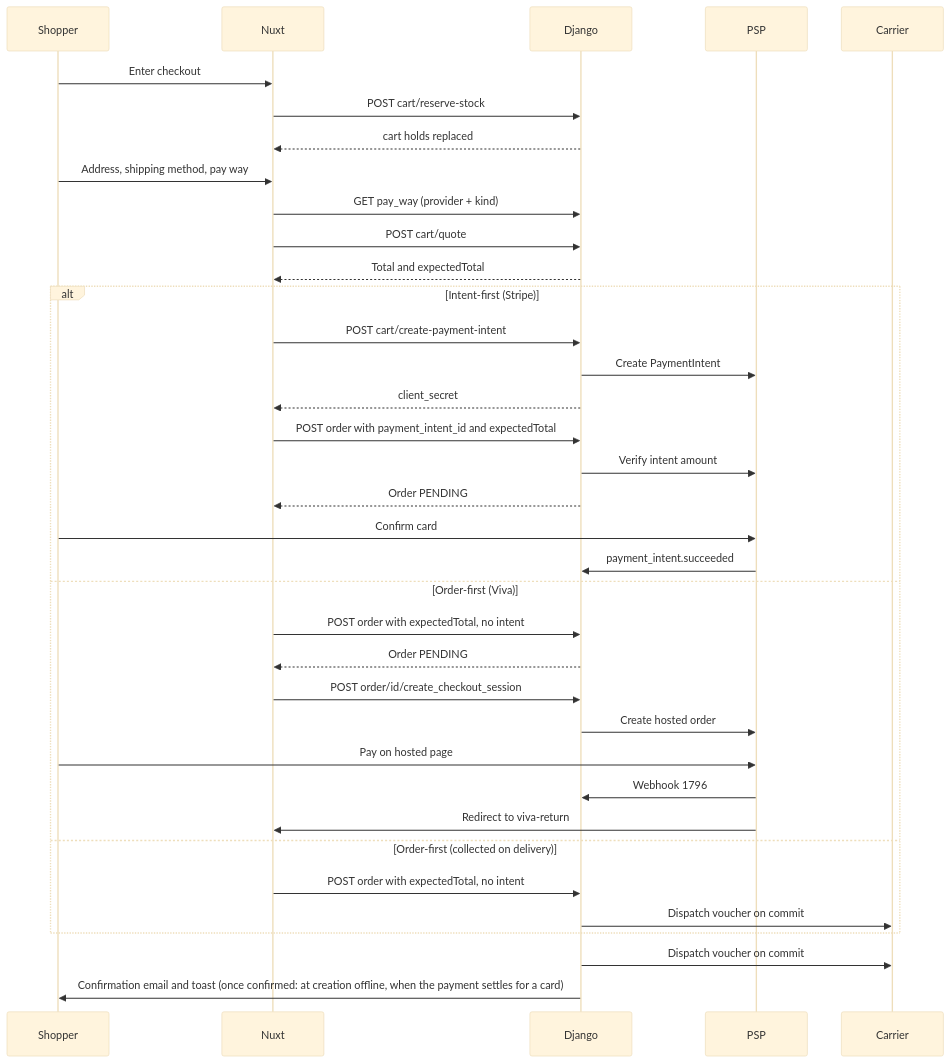
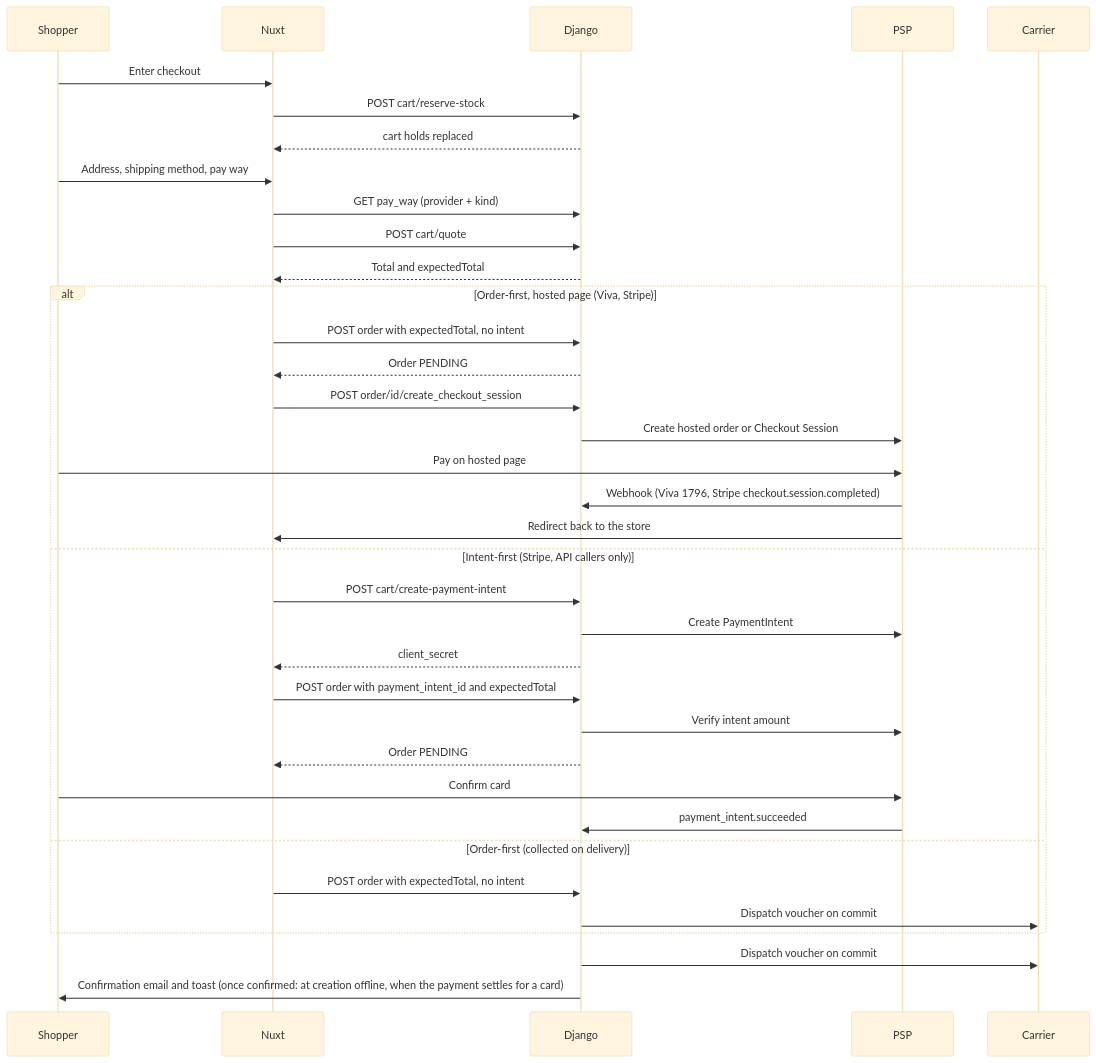
Before and after one commit to vasilistotskas/grooveshop-docs: the diagram in src/dev/flows/checkout-and-payment.md, drawn with Mermaid (base theme). The commit also changed other lines of this file and 2 other files, not shown here.

First line of the commit message:
docs(dev): Stripe pays order-first on its hosted page; the claims gate reads the carriers' admin pages (#207)

````diff
--- a/src/dev/flows/checkout-and-payment.md
+++ b/src/dev/flows/checkout-and-payment.md
@@ -23,39 +25,39 @@
 ```mermaid
 sequenceDiagram
   participant S as Shopper
   participant N as Nuxt
   participant D as Django
   participant P as PSP
   participant C as Carrier
 
   S->>N: Enter checkout
   N->>D: POST cart/reserve-stock
   D-->>N: cart holds replaced
   S->>N: Address, shipping method, pay way
   N->>D: GET pay_way (provider + kind)
   N->>D: POST cart/quote
   D-->>N: Total and expectedTotal
-  alt Intent-first (Stripe)
+  alt Order-first, hosted page (Viva, Stripe)
+    N->>D: POST order with expectedTotal, no intent
+    D-->>N: Order PENDING
+    N->>D: POST order/id/create_checkout_session
+    D->>P: Create hosted order or Checkout Session
+    S->>P: Pay on hosted page
+    P->>D: Webhook (Viva 1796, Stripe checkout.session.completed)
+    P->>N: Redirect back to the store
+  else Intent-first (Stripe, API callers only)
     N->>D: POST cart/create-payment-intent
     D->>P: Create PaymentIntent
     D-->>N: client_secret
     N->>D: POST order with payment_intent_id and expectedTotal
     D->>P: Verify intent amount
     D-->>N: Order PENDING
     S->>P: Confirm card
     P->>D: payment_intent.succeeded
-  else Order-first (Viva)
-    N->>D: POST order with expectedTotal, no intent
-    D-->>N: Order PENDING
-    N->>D: POST order/id/create_checkout_session
-    D->>P: Create hosted order
-    S->>P: Pay on hosted page
-    P->>D: Webhook 1796
-    P->>N: Redirect to viva-return
   else Order-first (collected on delivery)
     N->>D: POST order with expectedTotal, no intent
     D->>C: Dispatch voucher on commit
   end
   D->>C: Dispatch voucher on commit
   D->>S: Confirmation email and toast (once confirmed: at creation offline, when the payment settles for a card)
 ```
````
